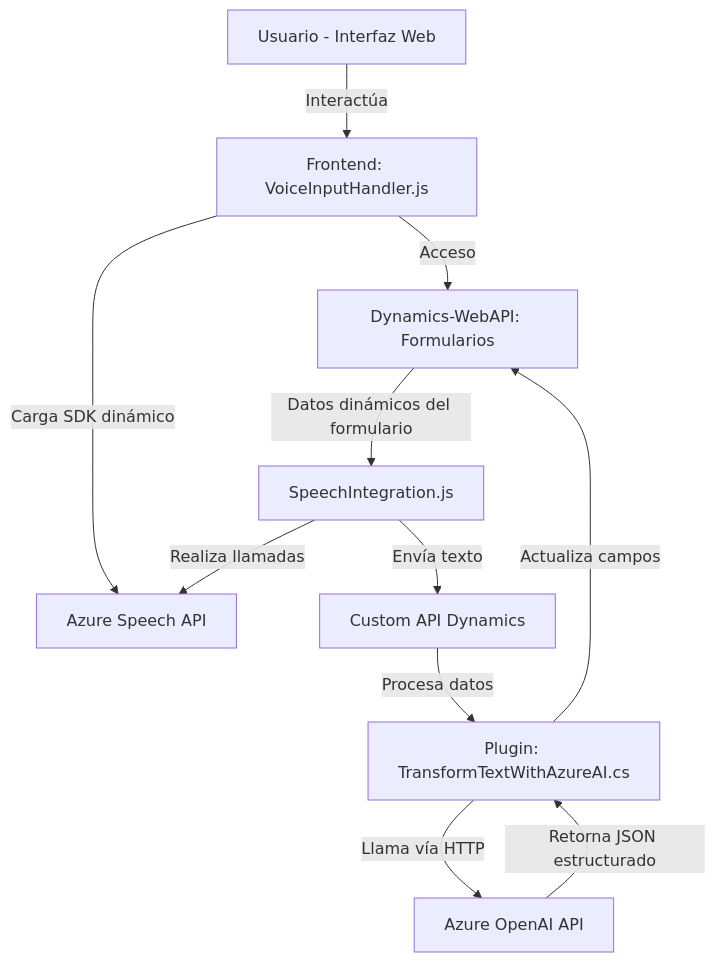
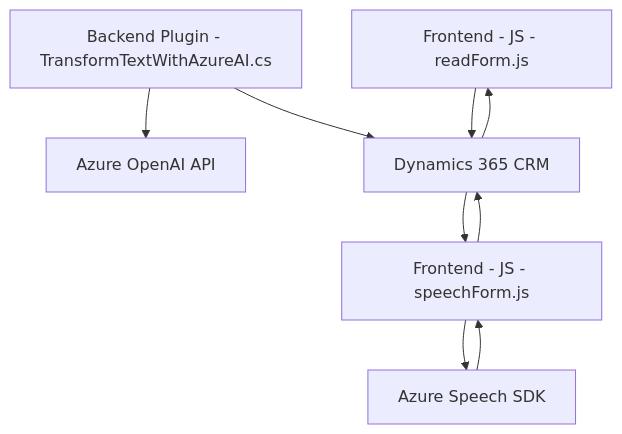
The diagram in README.md (blopezdm/NETCORE_BILBAO2025), drawn with Mermaid before and after one commit. The commit also changed other lines of this file, not shown here.

````diff
--- a/README.md
+++ b/README.md
@@ -50,14 +42,18 @@
 ```mermaid
 graph TD
-    A["Usuario - Interfaz Web"] -->|Interactúa| B["Frontend: VoiceInputHandler.js"]
-    B -->|Carga SDK dinámico| C["Azure Speech API"]
-    B -->|Acceso| D["Dynamics-WebAPI: Formularios"]
-  
-    D -->|Datos dinámicos del formulario| E["SpeechIntegration.js"]
-    E -->|Realiza llamadas| C
-    E -->|Envía texto| F["Custom API Dynamics"]
-    F -->|Procesa datos| G["Plugin: TransformTextWithAzureAI.cs"]
-    G -->|Llama vía HTTP| H["Azure OpenAI API"]
-    H -->|Retorna JSON estructurado| G
-    G -->|Actualiza campos| D
+    A["Frontend - JS - readForm.js"]
+    B["Frontend - JS - speechForm.js"]
+    C["Backend Plugin - TransformTextWithAzureAI.cs"]
+    D["Azure Speech SDK"]
+    E["Azure OpenAI API"]
+    F["Dynamics 365 CRM"]
+
+    A --> F
+    B --> D
+    B --> F
+    C --> E
+    C --> F
+    D --> B
+    F --> A
+    F --> B
 ```
````
